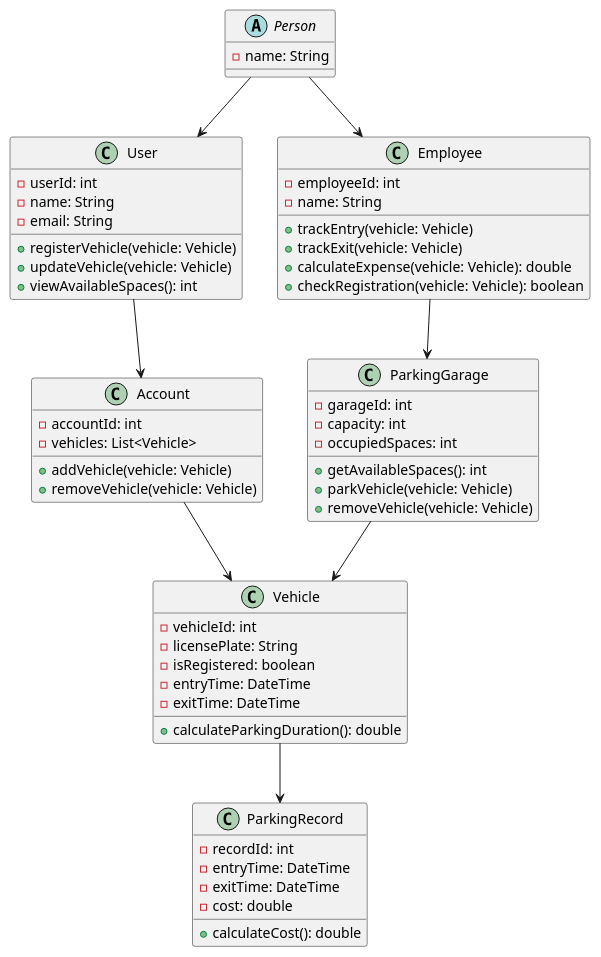
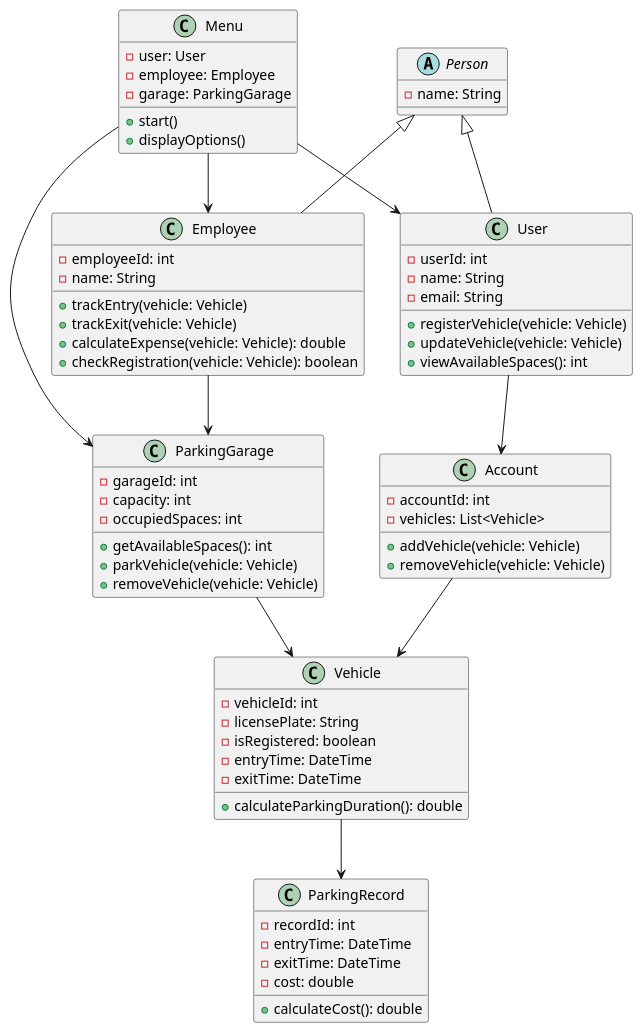
Before and after one commit to Bferg2002/Parking-Garage-Management-System: the diagram in diagram.puml, drawn with PlantUML.

Commit message:
UML updated to add Menu Class

```diff
--- a/diagram.puml
+++ b/diagram.puml
@@ -1,67 +1,81 @@
 @startuml
-abstract class Person{
--name: String
+abstract class Person {
+  - name: String
+}
 
+class Menu {
+  - user: User
+  - employee: Employee
+  - garage: ParkingGarage
+  + start()
+  + displayOptions()
+}
 
-}
 class User {
-  -userId: int
-  -name: String
-  -email: String
-  +registerVehicle(vehicle: Vehicle)
-  +updateVehicle(vehicle: Vehicle)
-  +viewAvailableSpaces(): int
+  - userId: int
+  - name: String
+  - email: String
+  + registerVehicle(vehicle: Vehicle)
+  + updateVehicle(vehicle: Vehicle)
+  + viewAvailableSpaces(): int
 }
 
 class Employee {
-  -employeeId: int
-  -name: String
-  +trackEntry(vehicle: Vehicle)
-  +trackExit(vehicle: Vehicle)
-  +calculateExpense(vehicle: Vehicle): double
-  +checkRegistration(vehicle: Vehicle): boolean
+  - employeeId: int
+  - name: String
+  + trackEntry(vehicle: Vehicle)
+  + trackExit(vehicle: Vehicle)
+  + calculateExpense(vehicle: Vehicle): double
+  + checkRegistration(vehicle: Vehicle): boolean
 }
 
 class Vehicle {
-  -vehicleId: int
-  -licensePlate: String
-  -isRegistered: boolean
-  -entryTime: DateTime
-  -exitTime: DateTime
-  +calculateParkingDuration(): double
+  - vehicleId: int
+  - licensePlate: String
+  - isRegistered: boolean
+  - entryTime: DateTime
+  - exitTime: DateTime
+  + calculateParkingDuration(): double
 }
 
 class ParkingGarage {
-  -garageId: int
-  -capacity: int
-  -occupiedSpaces: int
-  +getAvailableSpaces(): int
-  +parkVehicle(vehicle: Vehicle)
-  +removeVehicle(vehicle: Vehicle)
+  - garageId: int
+  - capacity: int
+  - occupiedSpaces: int
+  + getAvailableSpaces(): int
+  + parkVehicle(vehicle: Vehicle)
+  + removeVehicle(vehicle: Vehicle)
 }
 
 class ParkingRecord {
-  -recordId: int
-  -entryTime: DateTime
-  -exitTime: DateTime
-  -cost: double
-  +calculateCost(): double
+  - recordId: int
+  - entryTime: DateTime
+  - exitTime: DateTime
+  - cost: double
+  + calculateCost(): double
 }
 
 class Account {
-  -accountId: int
-  -vehicles: List<Vehicle>
-  +addVehicle(vehicle: Vehicle)
-  +removeVehicle(vehicle: Vehicle)
+  - accountId: int
+  - vehicles: List<Vehicle>
+  + addVehicle(vehicle: Vehicle)
+  + removeVehicle(vehicle: Vehicle)
 }
 
-' Relationships
-Person--> User
-Person-->Employee
+' Inheritance
+Person <|-- User
+Person <|-- Employee
+
+' Menu connects to the three active actors
+Menu --> User
+Menu --> Employee
+Menu --> ParkingGarage
+
+' Original relationships
 User --> Account
 Account --> Vehicle
 Employee --> ParkingGarage
 ParkingGarage --> Vehicle
 Vehicle --> ParkingRecord
 
 @enduml
```
